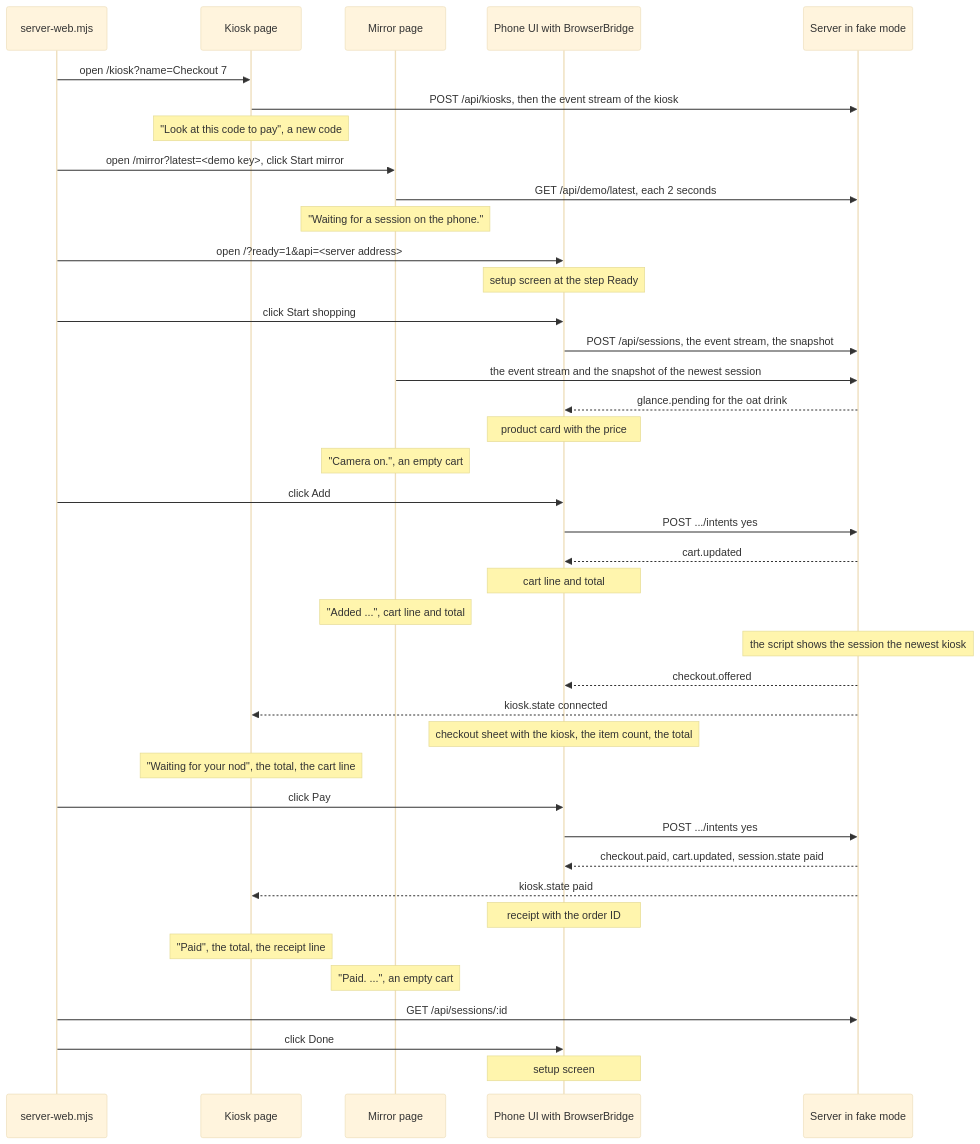
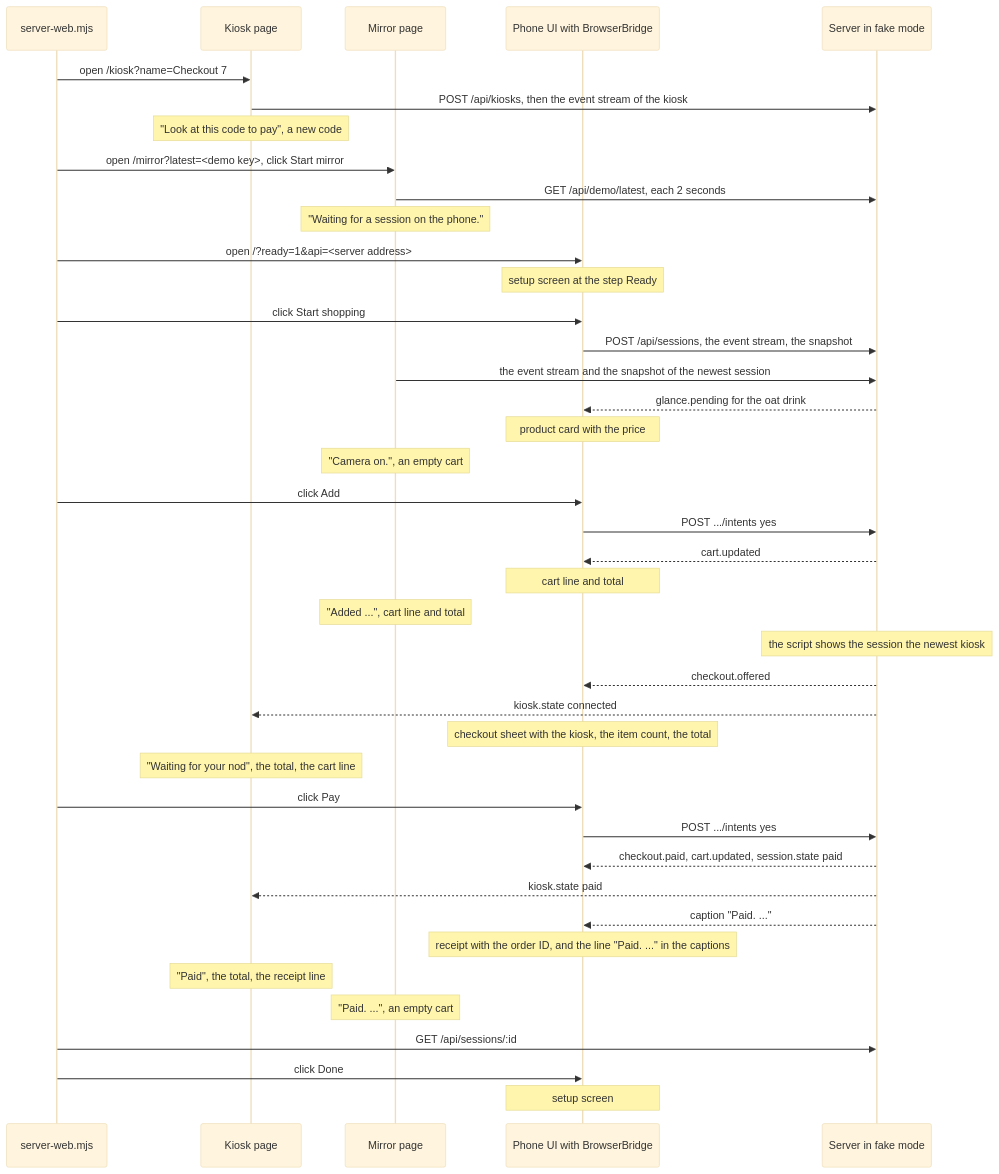
The second of 2 diagrams in scripts/integration/README.md (mrBymax/glance), drawn with Mermaid (base theme) before and after one commit. The commit also changed other lines of this file and 1 other file, not shown here.

Commit message:
test(integration): require the line of the payment on the phone UI

````diff
--- a/scripts/integration/README.md
+++ b/scripts/integration/README.md
@@ -60,42 +60,43 @@
 ```mermaid
 sequenceDiagram
     participant Test as server-web.mjs
     participant Kiosk as Kiosk page
     participant Mirror as Mirror page
     participant Phone as Phone UI with BrowserBridge
     participant Server as Server in fake mode
     Test->>Kiosk: open /kiosk?name=Checkout 7
     Kiosk->>Server: POST /api/kiosks, then the event stream of the kiosk
     Note over Kiosk: "Look at this code to pay", a new code
     Test->>Mirror: open /mirror?latest=<demo key>, click Start mirror
     Mirror->>Server: GET /api/demo/latest, each 2 seconds
     Note over Mirror: "Waiting for a session on the phone."
     Test->>Phone: open /?ready=1&api=<server address>
     Note over Phone: setup screen at the step Ready
     Test->>Phone: click Start shopping
     Phone->>Server: POST /api/sessions, the event stream, the snapshot
     Mirror->>Server: the event stream and the snapshot of the newest session
     Server-->>Phone: glance.pending for the oat drink
     Note over Phone: product card with the price
     Note over Mirror: "Camera on.", an empty cart
     Test->>Phone: click Add
     Phone->>Server: POST .../intents yes
     Server-->>Phone: cart.updated
     Note over Phone: cart line and total
     Note over Mirror: "Added ...", cart line and total
     Note over Server: the script shows the session the newest kiosk
     Server-->>Phone: checkout.offered
     Server-->>Kiosk: kiosk.state connected
     Note over Phone: checkout sheet with the kiosk, the item count, the total
     Note over Kiosk: "Waiting for your nod", the total, the cart line
     Test->>Phone: click Pay
     Phone->>Server: POST .../intents yes
     Server-->>Phone: checkout.paid, cart.updated, session.state paid
     Server-->>Kiosk: kiosk.state paid
-    Note over Phone: receipt with the order ID
+    Server-->>Phone: caption "Paid. ..."
+    Note over Phone: receipt with the order ID, and the line "Paid. ..." in the captions
     Note over Kiosk: "Paid", the total, the receipt line
     Note over Mirror: "Paid. ...", an empty cart
     Test->>Server: GET /api/sessions/:id
     Test->>Phone: click Done
     Note over Phone: setup screen
 ```
````
